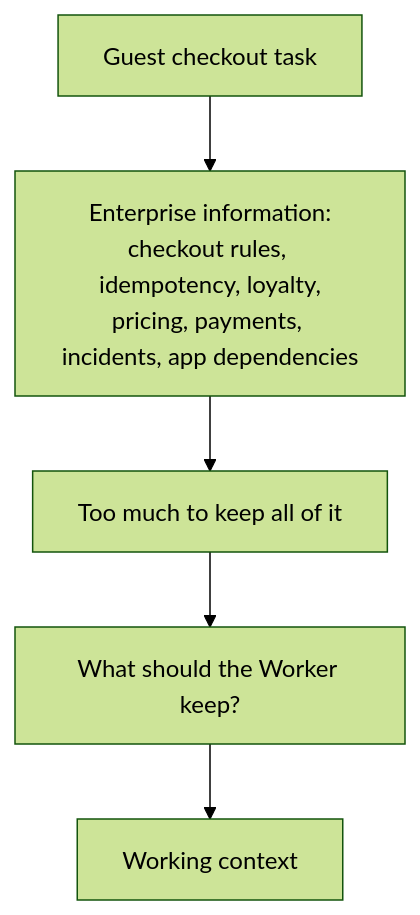
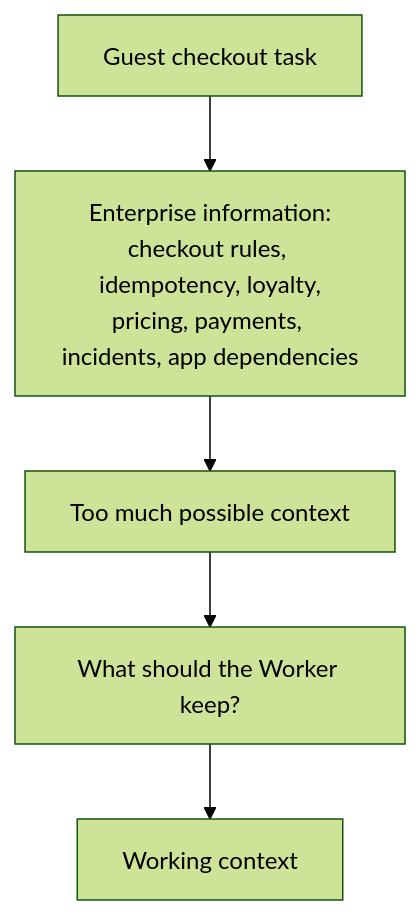
Before and after one commit to aswinjames/EnterpriseSim: the fourth of 7 diagrams in README.md, drawn with Mermaid (forest theme). The commit also changed other lines of this file, not shown here.

````diff
--- a/README.md
+++ b/README.md
@@ -125,7 +79,7 @@
 ```mermaid
 flowchart TD
     T[Guest checkout task] --> INFO["Enterprise information:<br/>checkout rules, idempotency, loyalty,<br/>pricing, payments, incidents, app dependencies"]
-    INFO --> TOO[Too much to keep all of it]
+    INFO --> TOO[Too much possible context]
     TOO --> Q["What should the Worker keep?"]
     Q --> WC[Working context]
 ```
````
